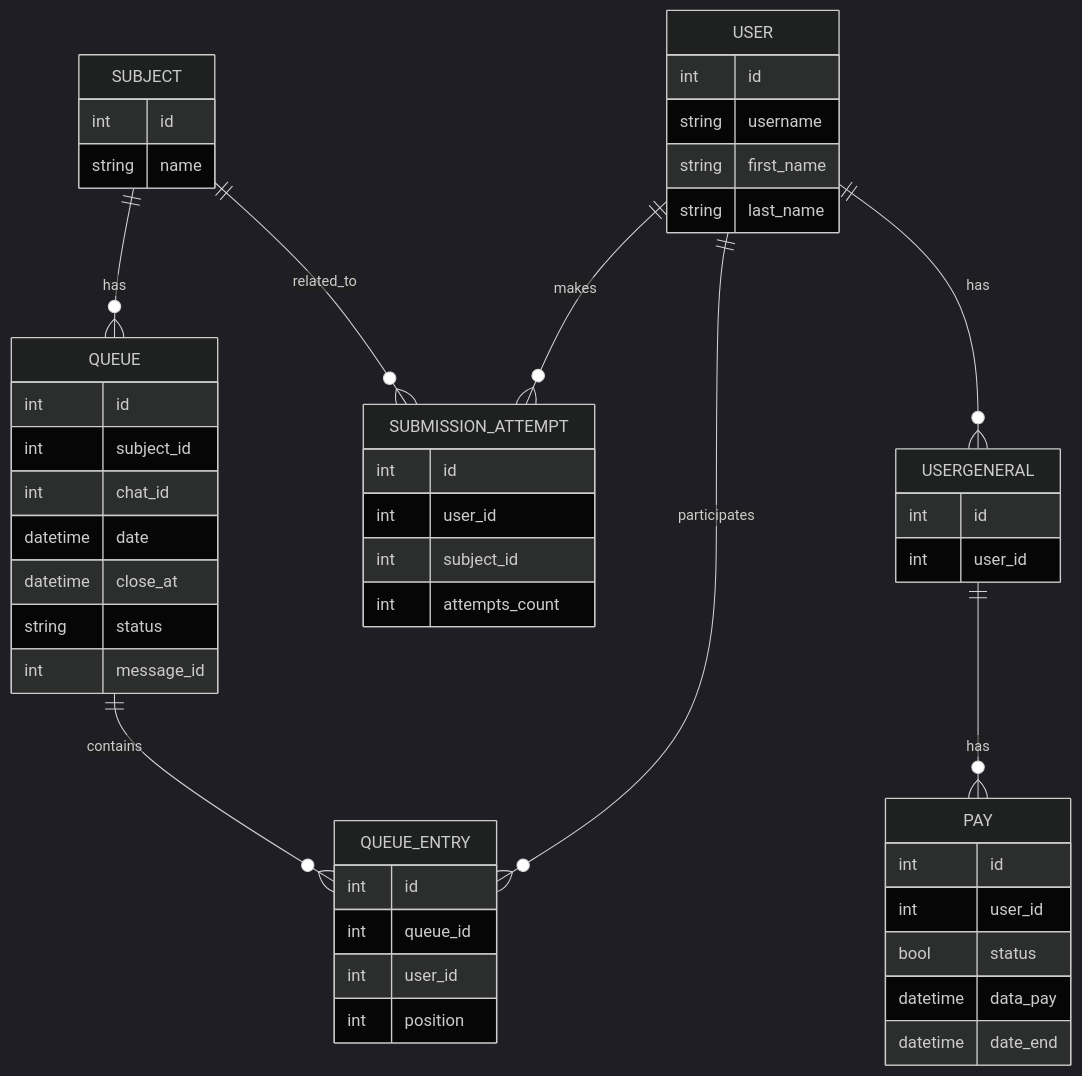
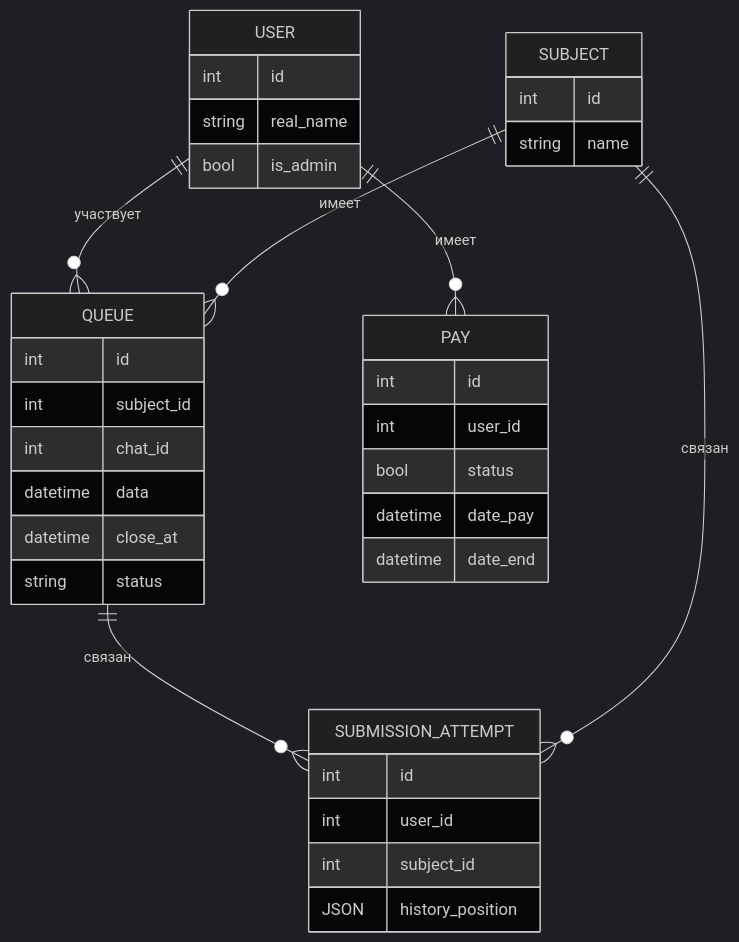
Before and after one commit to VoltusV5/FairLabQueueBot: the first of 2 diagrams in docs/01_Database.md, drawn with Mermaid (dark theme). The commit also changed other lines of this file, not shown here.

Commit message:
DOCS Refactor database diagram; update entity relationships and remove unused classes

````diff
--- a/docs/01_Database.md
+++ b/docs/01_Database.md
@@ -8,54 +8,41 @@
 ```mermaid
 erDiagram
-    USER ||--o{ QUEUE_ENTRY : participates
-    QUEUE ||--o{ QUEUE_ENTRY : contains
-    USER ||--o{ SUBMISSION_ATTEMPT : makes
-    SUBJECT ||--o{ QUEUE : has
-    SUBJECT ||--o{ SUBMISSION_ATTEMPT : related_to
-    USER ||--o{ USERGENERAL : has
-    USERGENERAL ||--o{ PAY : has
+    USER ||--o{ QUEUE : участвует
+    QUEUE ||--o{ SUBMISSION_ATTEMPT : связан
+    SUBJECT ||--o{ QUEUE : имеет
+    SUBJECT ||--o{ SUBMISSION_ATTEMPT : связан
+    USER ||--o{ PAY : имеет
 
     USER {
         int id
-        string username
-        string first_name
-        string last_name
+        string real_name
+        bool is_admin
     }
-    USERGENERAL {
+    SUBJECT {
         int id
-        int user_id
+        string name
     }
     QUEUE {
         int id
         int subject_id
         int chat_id
-        datetime date
+        datetime data
         datetime close_at
         string status
-        int message_id
-    }
-    QUEUE_ENTRY {
-        int id
-        int queue_id
-        int user_id
-        int position
     }
     SUBMISSION_ATTEMPT {
         int id
         int user_id
         int subject_id
-        int attempts_count
-    }
-    SUBJECT {
-        int id
-        string name
+        JSON history_position
     }
     PAY {
         int id
         int user_id
         bool status
-        datetime data_pay
+        datetime date_pay
         datetime date_end
     }
 
+
 ```
````
